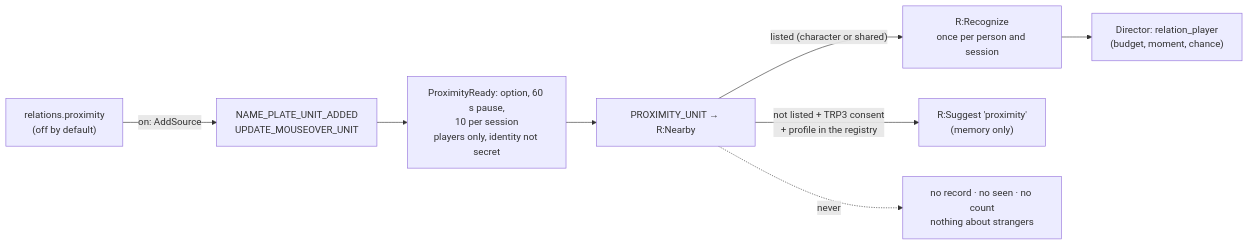
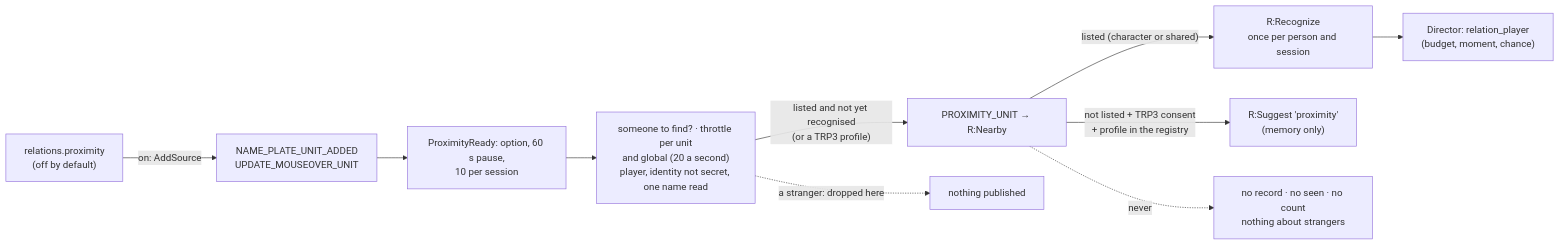
One commit to Finland6738/azeroth-unspoken changed the tenth of 19 diagrams in docs/ARCHITECTURE.md. Above: the diagram before and after it, drawn with Mermaid. The commit also changed other lines of this file and 39 other files, not shown here.

````diff
--- a/docs/ARCHITECTURE.md
+++ b/docs/ARCHITECTURE.md
@@ -460,10 +460,12 @@
 ```mermaid
 flowchart LR
     O["relations.proximity<br/>(off by default)"] -- "on: AddSource" --> S["NAME_PLATE_UNIT_ADDED<br/>UPDATE_MOUSEOVER_UNIT"]
-    S --> F["ProximityReady: option, 60 s pause,<br/>10 per session<br/>players only, identity not secret"]
-    F --> P["PROXIMITY_UNIT → R:Nearby"]
+    S --> F["ProximityReady: option, 60 s pause,<br/>10 per session"]
+    F --> T["someone to find? · throttle per unit<br/>and global (20 a second)<br/>player, identity not secret, one name read"]
+    T -- "listed and not yet recognised<br/>(or a TRP3 profile)" --> P["PROXIMITY_UNIT → R:Nearby"]
+    T -. "a stranger: dropped here" .-> NO2["nothing published"]
     P -- "listed (character or shared)" --> RC["R:Recognize<br/>once per person and session"]
     P -- "not listed + TRP3 consent<br/>+ profile in the registry" --> SG["R:Suggest 'proximity'<br/>(memory only)"]
     RC --> DIR["Director: relation_player<br/>(budget, moment, chance)"]
     P -. "never" .-> NO["no record · no seen · no count<br/>nothing about strangers"]
 ```
````
